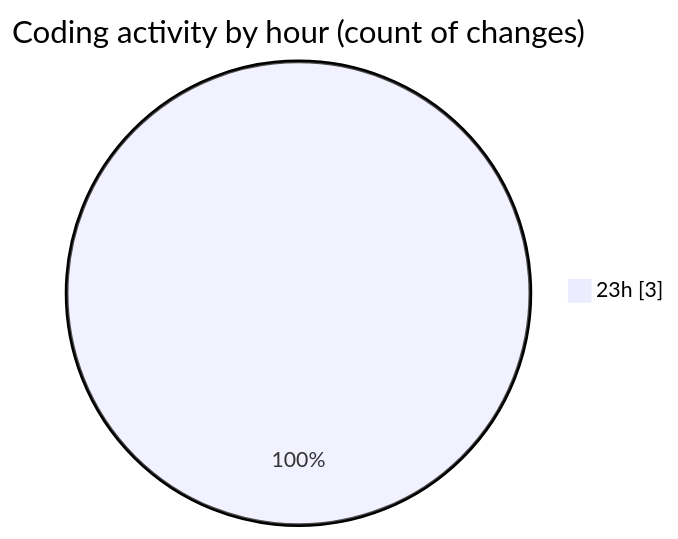
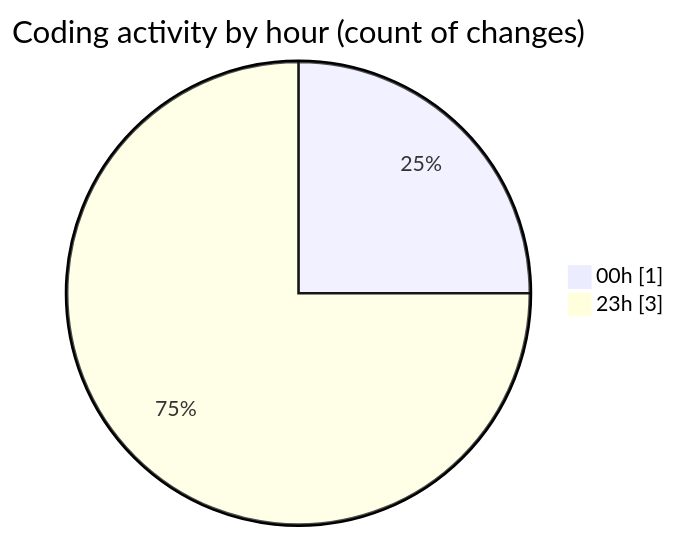
The second of 2 diagrams in 2025-10-16/eventscop-api-guide__workspace_/README.md (julien-gomy/code-tracking), drawn with Mermaid before and after one commit. The commit also changed other lines of this file and 1 other file, not shown here.

````diff
--- a/2025-10-16/eventscop-api-guide__workspace_/README.md
+++ b/2025-10-16/eventscop-api-guide__workspace_/README.md
@@ -29,5 +31,6 @@
 ```mermaid
 pie showData
 title Coding activity by hour (count of changes)
+"00h" : 1
 "23h" : 3
 ```
````
